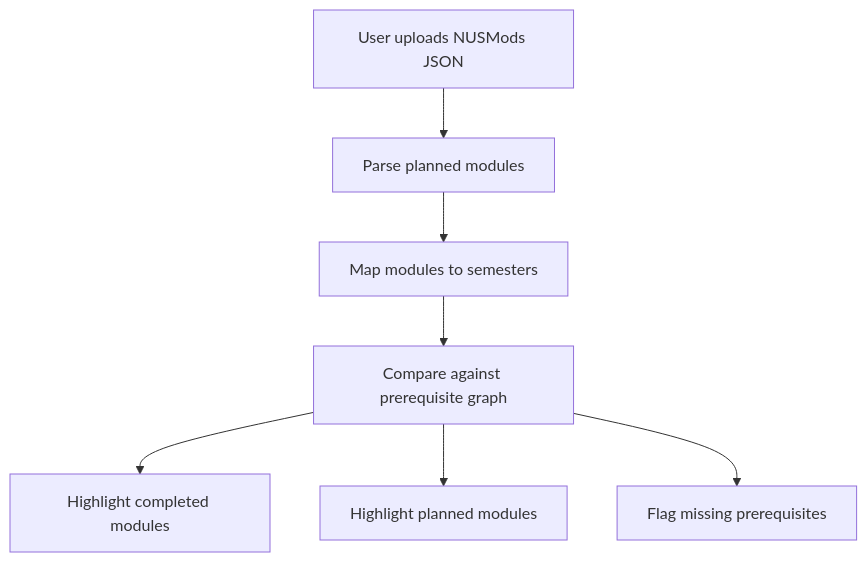
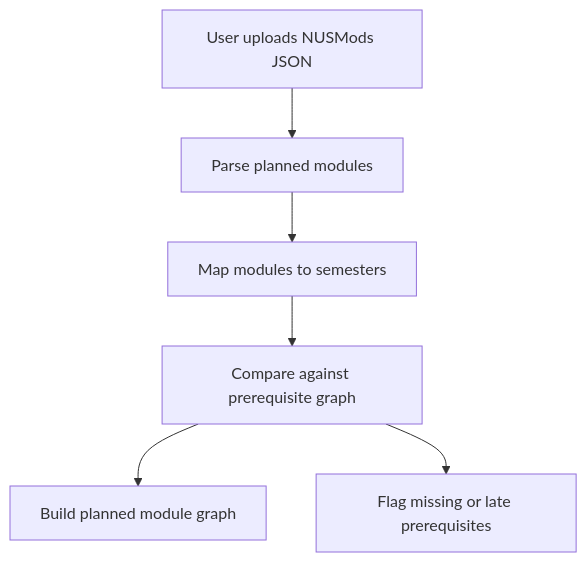
The sixth of 14 diagrams in README.md (arav31/NUS-Tree), drawn with Mermaid before and after one commit. The commit also changed other lines of this file and 3 other files, not shown here.

````diff
--- a/README.md
+++ b/README.md
@@ -693,9 +668,8 @@
 ```mermaid
 flowchart TD
     A[User uploads NUSMods JSON] --> B[Parse planned modules]
     B --> C[Map modules to semesters]
     C --> D[Compare against prerequisite graph]
-    D --> E[Highlight completed modules]
-    D --> F[Highlight planned modules]
-    D --> G[Flag missing prerequisites]
+    D --> E[Build planned module graph]
+    D --> F[Flag missing or late prerequisites]
 ```
````
